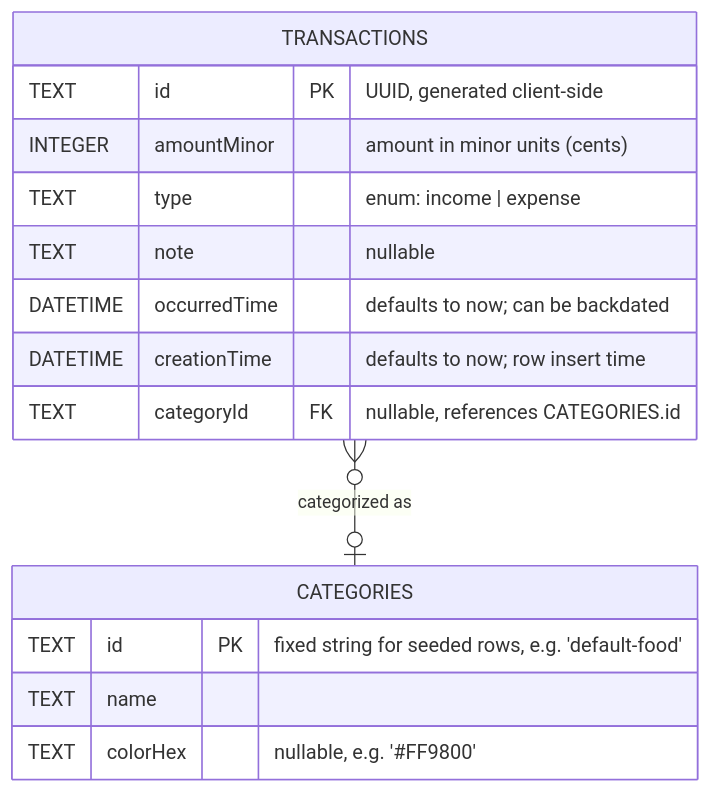
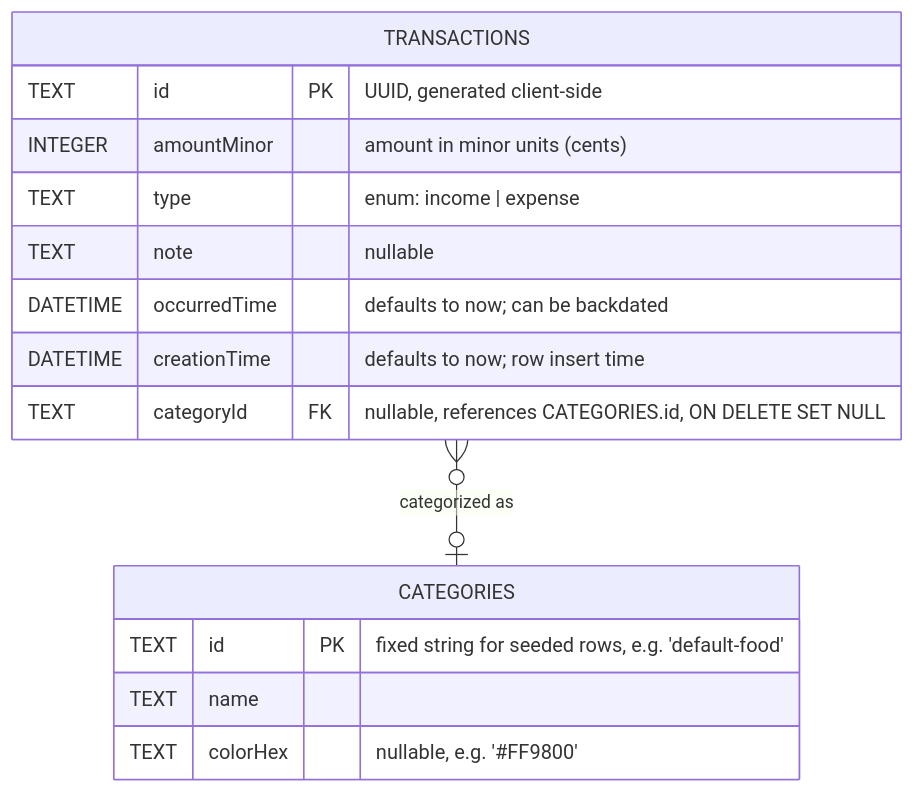
Before and after one commit to Israa050/money-log: the second of 2 diagrams in README.md, drawn with Mermaid. The commit also changed other lines of this file and 34 other files, not shown here.

````diff
--- a/README.md
+++ b/README.md
@@ -333,18 +343,18 @@
 ```mermaid
 erDiagram
     TRANSACTIONS {
         TEXT id PK "UUID, generated client-side"
         INTEGER amountMinor "amount in minor units (cents)"
         TEXT type "enum: income | expense"
         TEXT note "nullable"
         DATETIME occurredTime "defaults to now; can be backdated"
         DATETIME creationTime "defaults to now; row insert time"
-        TEXT categoryId FK "nullable, references CATEGORIES.id"
+        TEXT categoryId FK "nullable, references CATEGORIES.id, ON DELETE SET NULL"
     }
     CATEGORIES {
         TEXT id PK "fixed string for seeded rows, e.g. 'default-food'"
         TEXT name
         TEXT colorHex "nullable, e.g. '#FF9800'"
     }
     TRANSACTIONS }o--o| CATEGORIES : "categorized as"
 ```
````
